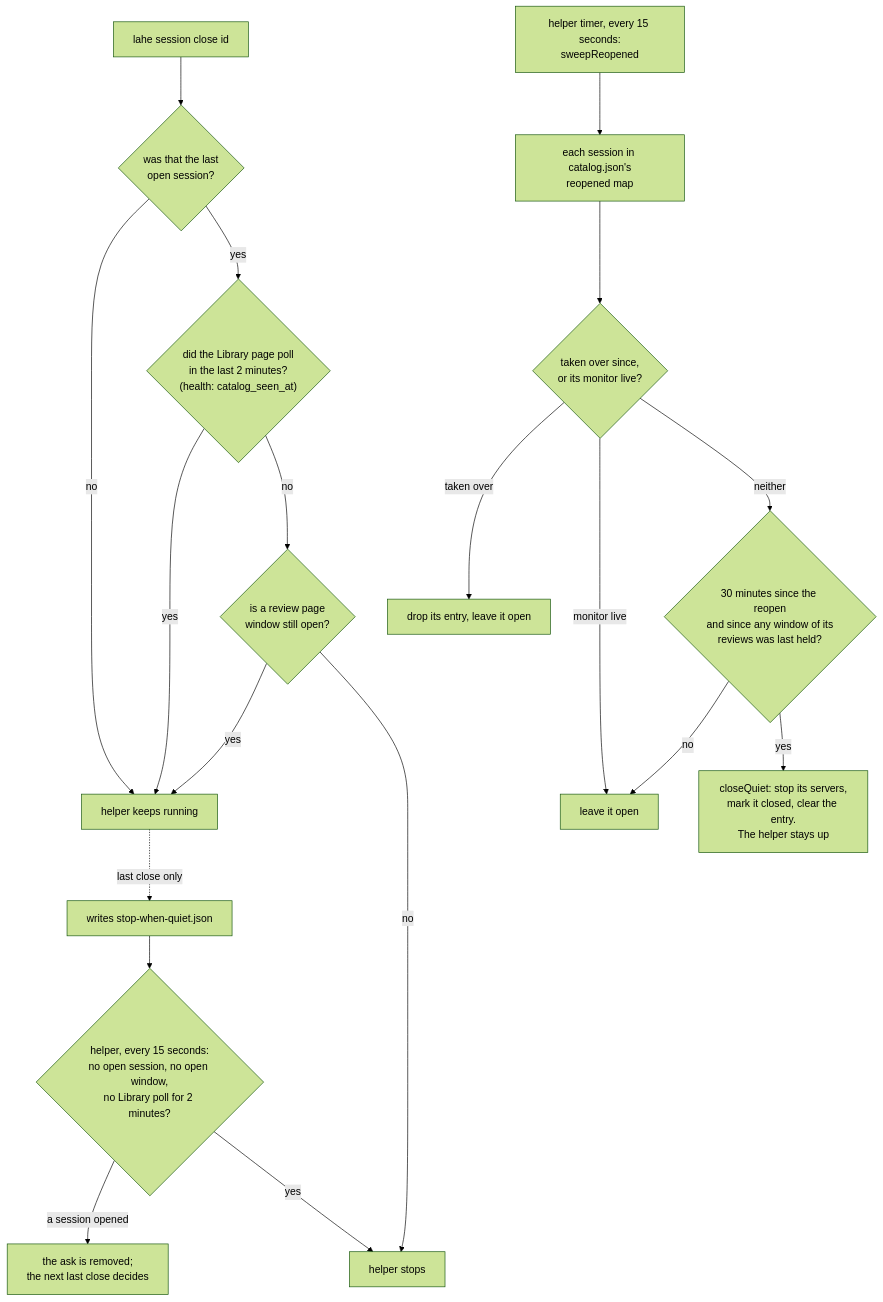
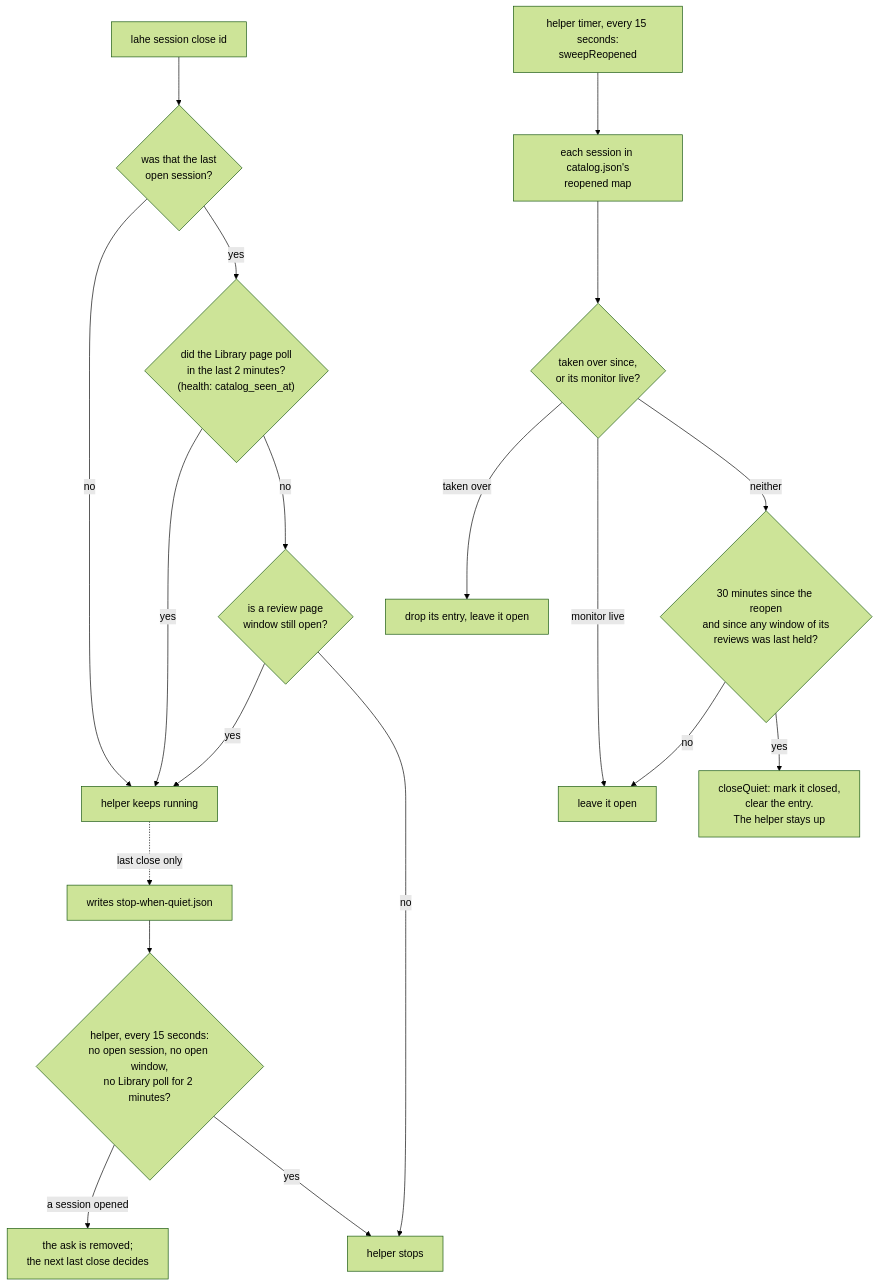
One commit to kenxle/live-agentic-html-editor changed the third of 3 diagrams in docs/diagrams/session_ownership.md. Above: the diagram before and after it, drawn with Mermaid (forest theme). The commit also changed other lines of this file and 16 other files, not shown here.

First line of the commit message:
Stable addresses Step 3: the skill, contract, CLI doc, serving docs and diagrams describe stable addresses

````diff
--- a/docs/diagrams/session_ownership.md
+++ b/docs/diagrams/session_ownership.md
@@ -111,22 +109,22 @@
 ```mermaid
 flowchart TD
     Close["lahe session close id"] --> Last{"was that the last<br/>open session?"}
     Last -->|"no"| Up["helper keeps running"]
     Last -->|"yes"| Polled{"did the Library page poll<br/>in the last 2 minutes?<br/>(health: catalog_seen_at)"}
     Polled -->|"yes"| Up
     Polled -->|"no"| Held{"is a review page<br/>window still open?"}
     Held -->|"yes"| Up
     Held -->|"no"| Stop["helper stops"]
     Up -.->|"last close only"| Ask["writes stop-when-quiet.json"]
     Ask --> SelfCheck{"helper, every 15 seconds:<br/>no open session, no open window,<br/>no Library poll for 2 minutes?"}
     SelfCheck -->|"a session opened"| Cancel["the ask is removed;<br/>the next last close decides"]
     SelfCheck -->|"yes"| Stop
 
     Timer["helper timer, every 15 seconds:<br/>sweepReopened"] --> Each["each session in catalog.json's<br/>reopened map"]
     Each --> Moved{"taken over since,<br/>or its monitor live?"}
     Moved -->|"taken over"| Drop["drop its entry, leave it open"]
     Moved -->|"monitor live"| Leave["leave it open"]
     Moved -->|"neither"| Quiet{"30 minutes since the reopen<br/>and since any window of its<br/>reviews was last held?"}
     Quiet -->|"no"| Leave
-    Quiet -->|"yes"| CloseQuiet["closeQuiet: stop its servers,<br/>mark it closed, clear the entry.<br/>The helper stays up"]
+    Quiet -->|"yes"| CloseQuiet["closeQuiet: mark it closed,<br/>clear the entry.<br/>The helper stays up"]
 ```
````
